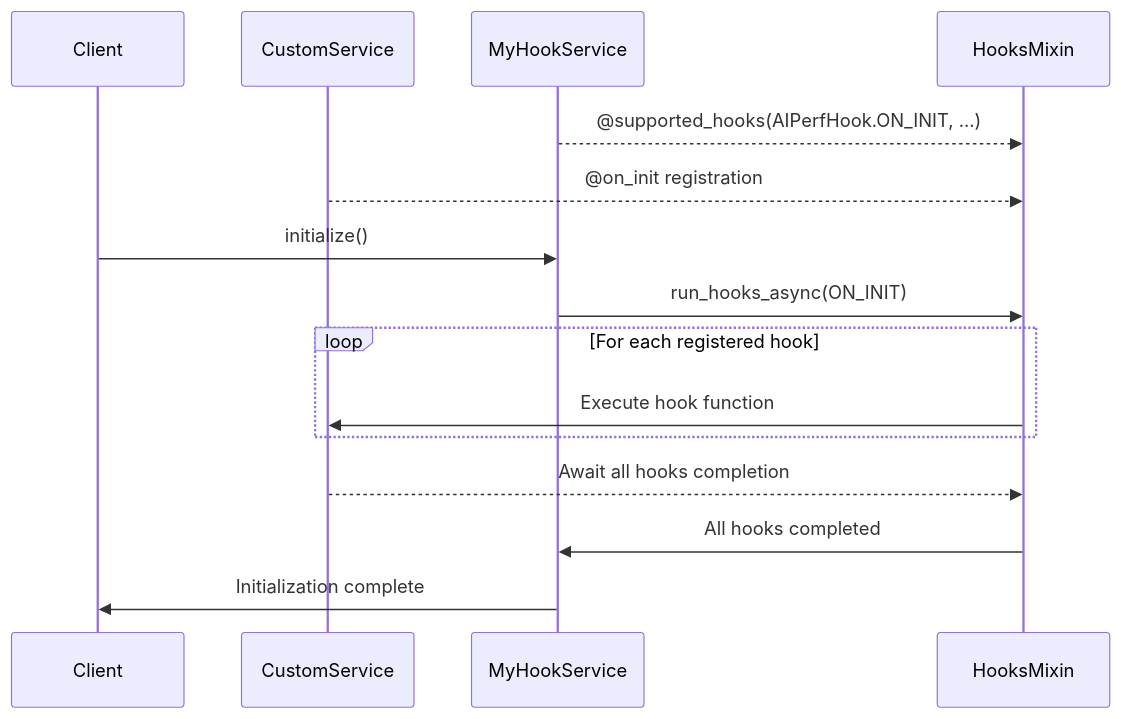
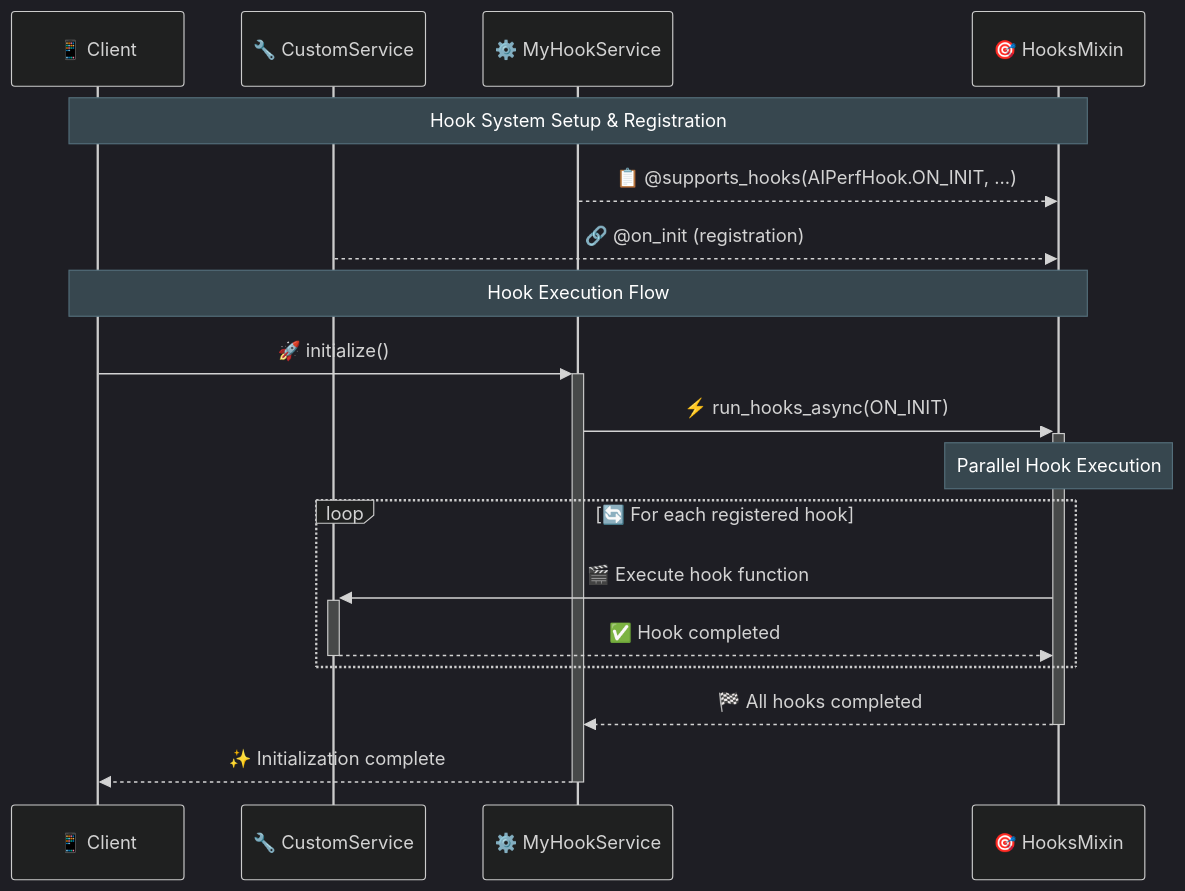
One commit to ai-dynamo/aiperf changed the first of 2 diagrams in docs/hook-system.md. Above: the diagram before and after it, drawn with Mermaid. The commit also changed other lines of this file, not shown here.

Commit message:
cleanup markdown file

````diff
--- a/docs/hook-system.md
+++ b/docs/hook-system.md
@@ -145,20 +146,41 @@
 ```mermaid
 sequenceDiagram
-    participant Client
-    participant CustomService
-    participant MyHookService
-    participant HooksMixin
+    participant C as 📱 Client
+    participant CS as 🔧 CustomService
+    participant MHS as ⚙️ MyHookService
+    participant HM as 🎯 HooksMixin
 
-    MyHookService-->>HooksMixin: @supported_hooks(AIPerfHook.ON_INIT, ...)
-    CustomService-->>HooksMixin: @on_init registration
-    Client->>MyHookService: initialize()
-    MyHookService->>HooksMixin: run_hooks_async(ON_INIT)
+    Note over C, HM: Hook System Setup & Registration
+    MHS-->>HM: 📋 @supports_hooks(AIPerfHook.ON_INIT, ...)
+    CS-->>HM: 🔗 @on_init (registration)
 
-    loop For each registered hook
-        HooksMixin->>CustomService: Execute hook function
+    Note over C, HM: Hook Execution Flow
+    C->>+MHS: 🚀 initialize()
+    MHS->>+HM: ⚡ run_hooks_async(ON_INIT)
+
+    Note over HM: Parallel Hook Execution
+    loop 🔄 For each registered hook
+        HM->>+CS: 🎬 Execute hook function
+        CS-->>-HM: ✅ Hook completed
     end
-    CustomService-->>HooksMixin: Await all hooks completion
 
-    HooksMixin->>MyHookService: All hooks completed
-    MyHookService->>Client: Initialization complete
+    HM-->>-MHS: 🏁 All hooks completed
+    MHS-->>-C: ✨ Initialization complete
+
+    %% Custom styling for better visibility
+    %%{init: {
+        'theme': 'dark',
+        'themeVariables': {
+            'primaryColor': '#2196f3',
+            'primaryTextColor': '#ffffff',
+            'primaryBorderColor': '#1976d2',
+            'lineColor': '#90a4ae',
+            'secondaryColor': '#9c27b0',
+            'tertiaryColor': '#4caf50',
+            'background': '#263238',
+            'noteTextColor': '#ffffff',
+            'noteBkgColor': '#37474f',
+            'noteBorderColor': '#546e7a'
+        }
+    }}%%
 ```
````
